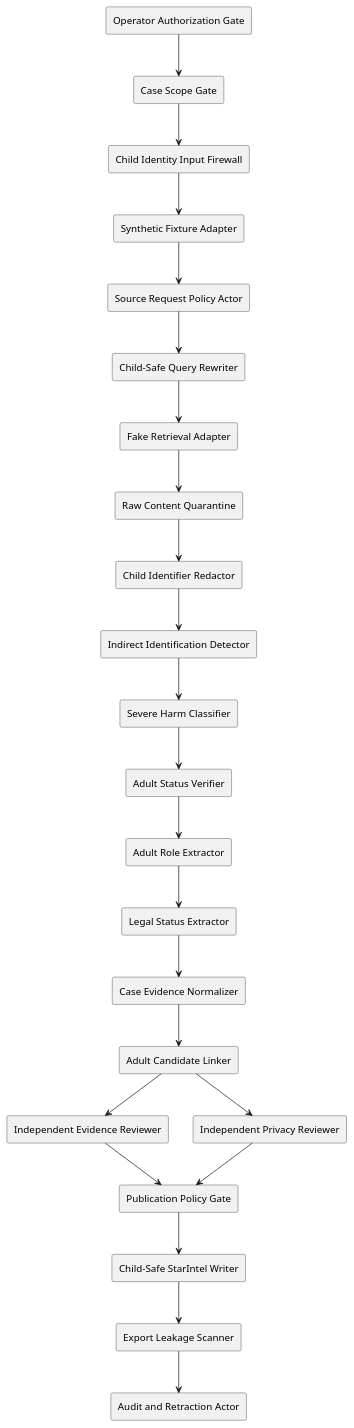
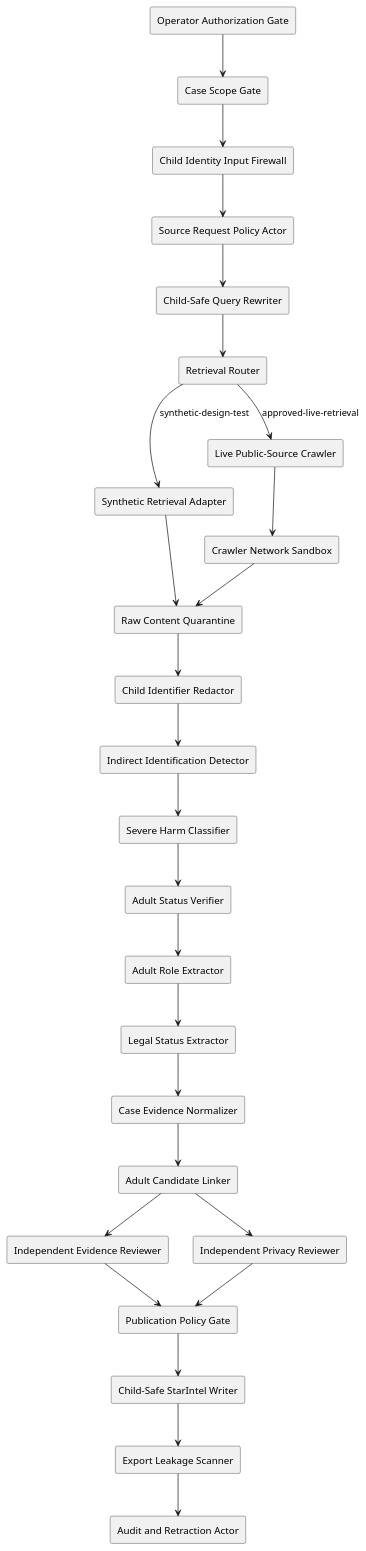
The diagram in roam/design/child-abuse/CHILD-ABUSE-RESOLUTION-001-adult-offender-public-case-pipeline.org (lost-rob0t/starintel-auto-research), drawn with PlantUML before and after one commit. The commit also changed other lines of this file, not shown here.

Commit message:
docs: model live crawler and synthetic retrieval paths

```diff
--- a/roam/design/child-abuse/CHILD-ABUSE-RESOLUTION-001-adult-offender-public-case-pipeline.org
+++ b/roam/design/child-abuse/CHILD-ABUSE-RESOLUTION-001-adult-offender-public-case-pipeline.org
@@ -90,51 +138,56 @@
 #+begin_src plantuml
 @startuml
 skinparam componentStyle rectangle
 
 component "Operator Authorization Gate" as Operator
 component "Case Scope Gate" as Scope
 component "Child Identity Input Firewall" as InputFirewall
-component "Synthetic Fixture Adapter" as Fixture
 component "Source Request Policy Actor" as RequestPolicy
 component "Child-Safe Query Rewriter" as Query
-component "Fake Retrieval Adapter" as FakeFetch
+component "Retrieval Router" as Router
+component "Synthetic Retrieval Adapter" as Synthetic
+component "Live Public-Source Crawler" as LiveCrawler
+component "Crawler Network Sandbox" as Sandbox
 component "Raw Content Quarantine" as Quarantine
 component "Child Identifier Redactor" as Redactor
 component "Indirect Identification Detector" as Indirect
 component "Severe Harm Classifier" as Harm
 component "Adult Status Verifier" as Adult
 component "Adult Role Extractor" as Role
 component "Legal Status Extractor" as Legal
 component "Case Evidence Normalizer" as Evidence
 component "Adult Candidate Linker" as Linker
 component "Independent Evidence Reviewer" as EvidenceReview
 component "Independent Privacy Reviewer" as PrivacyReview
 component "Publication Policy Gate" as Publication
 component "Child-Safe StarIntel Writer" as Writer
 component "Export Leakage Scanner" as ExportScan
 component "Audit and Retraction Actor" as Audit
 
 Operator --> Scope
 Scope --> InputFirewall
-InputFirewall --> Fixture
-Fixture --> RequestPolicy
+InputFirewall --> RequestPolicy
 RequestPolicy --> Query
-Query --> FakeFetch
-FakeFetch --> Quarantine
+Query --> Router
+Router --> Synthetic : synthetic-design-test
+Router --> LiveCrawler : approved-live-retrieval
+LiveCrawler --> Sandbox
+Synthetic --> Quarantine
+Sandbox --> Quarantine
 Quarantine --> Redactor
 Redactor --> Indirect
 Indirect --> Harm
 Harm --> Adult
 Adult --> Role
 Role --> Legal
 Legal --> Evidence
 Evidence --> Linker
 Linker --> EvidenceReview
 Linker --> PrivacyReview
 EvidenceReview --> Publication
 PrivacyReview --> Publication
 Publication --> Writer
 Writer --> ExportScan
 ExportScan --> Audit
 @enduml
 #+end_src
```
